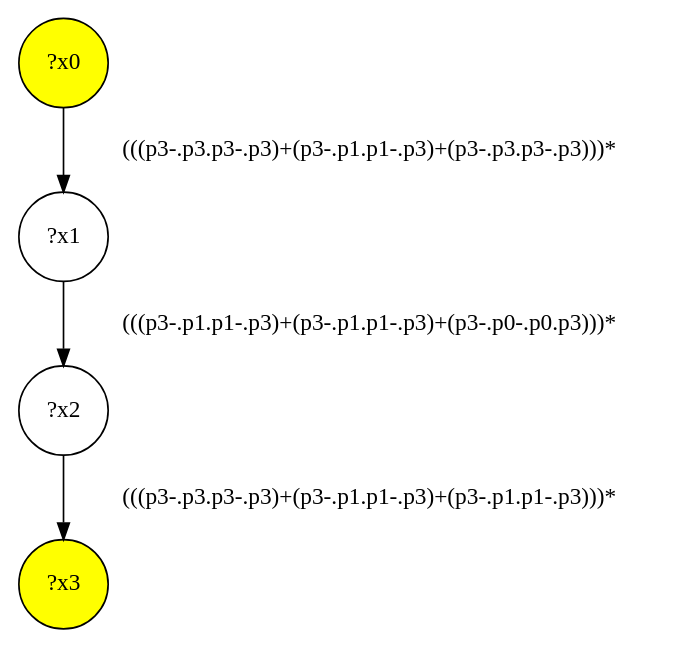
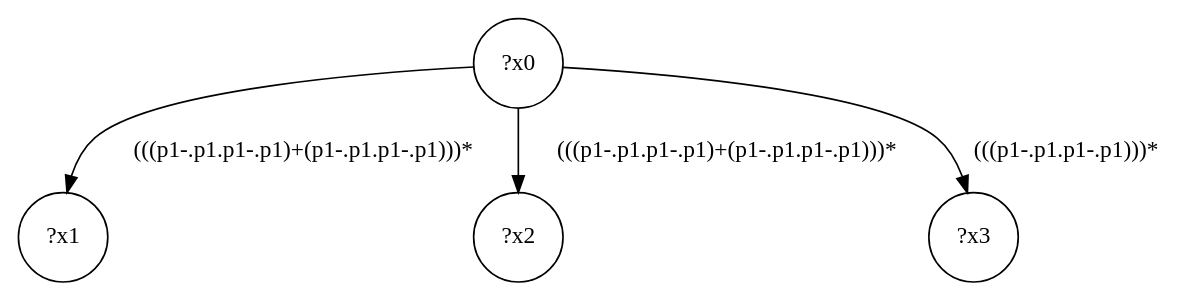
The diagram in src/queryinterface/interface-queries/query-10.dot (gbagan/gmark), drawn with Graphviz before and after one commit. The commit also changed 153 other files, not shown here.

```diff
--- a/src/queryinterface/interface-queries/query-10.dot
+++ b/src/queryinterface/interface-queries/query-10.dot
@@ -1,9 +1,9 @@
 digraph g {
-	x0 [fillcolor="yellow", style="filled," shape=circle, label="?x0"];
-	x3 [fillcolor="yellow", style="filled," shape=circle, label="?x3"];
+	x0 [shape=circle, label="?x0"];
 	x1 [shape=circle, label="?x1"];
-	x0 -> x1 [label="(((p3-.p3.p3-.p3)+(p3-.p1.p1-.p3)+(p3-.p3.p3-.p3)))*"];
+	x0 -> x1 [label="(((p1-.p1.p1-.p1)+(p1-.p1.p1-.p1)))*"];
 	x2 [shape=circle, label="?x2"];
-	x1 -> x2 [label="(((p3-.p1.p1-.p3)+(p3-.p1.p1-.p3)+(p3-.p0-.p0.p3)))*"];
-	x2 -> x3 [label="(((p3-.p3.p3-.p3)+(p3-.p1.p1-.p3)+(p3-.p1.p1-.p3)))*"];
+	x0 -> x2 [label="(((p1-.p1.p1-.p1)+(p1-.p1.p1-.p1)))*"];
+	x3 [shape=circle, label="?x3"];
+	x0 -> x3 [label="(((p1-.p1.p1-.p1)))*"];
 }
```
